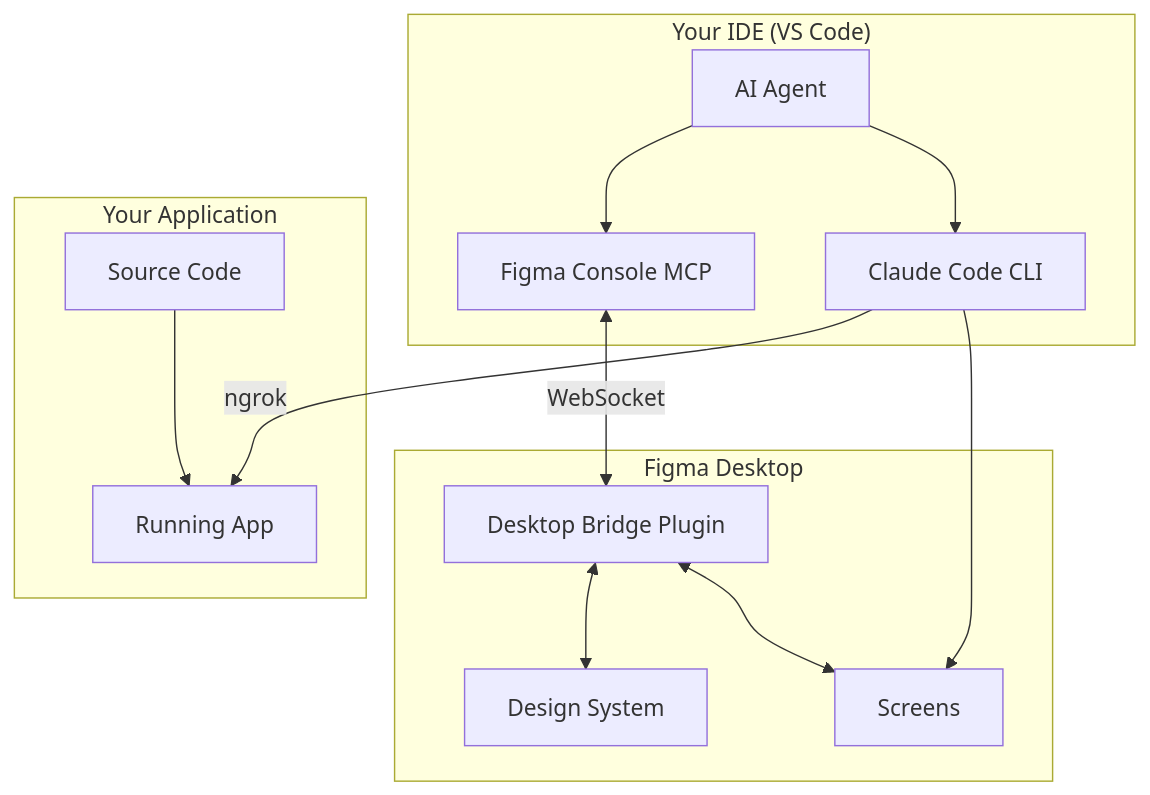
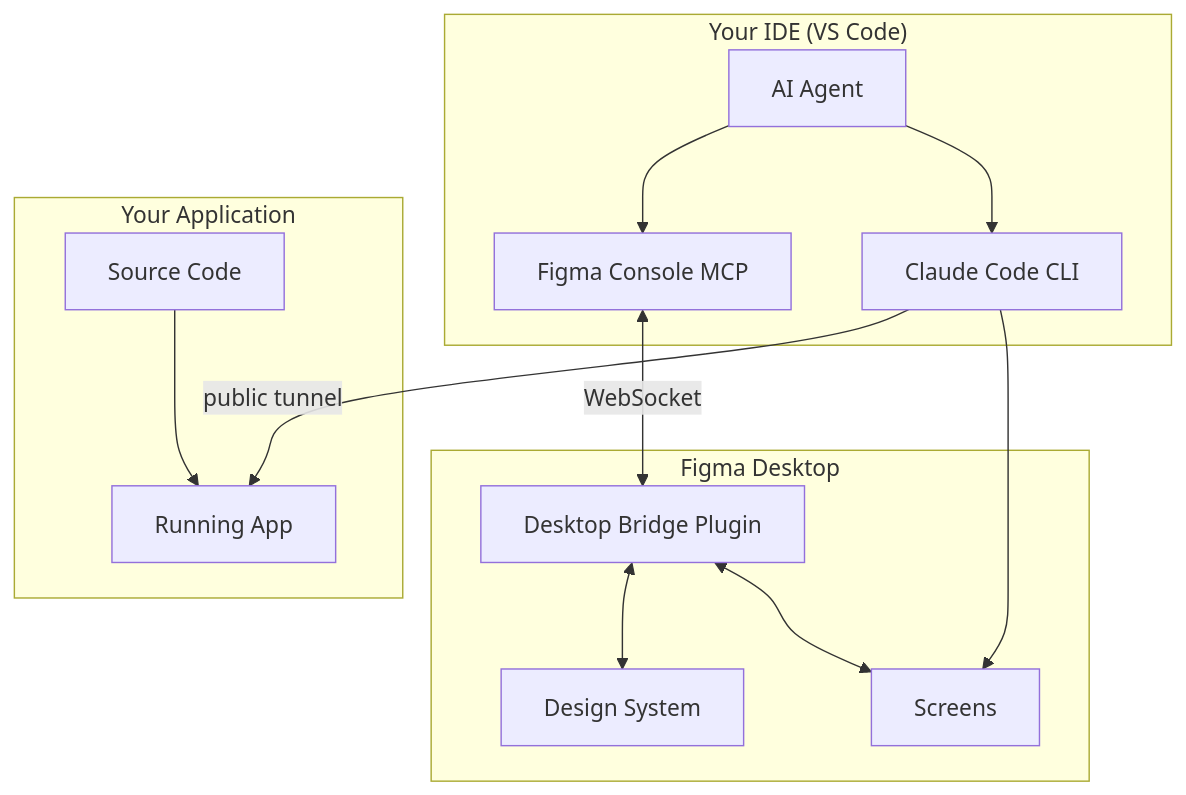
One commit to florian-koppelow/design-code-workflow changed the diagram in docs/CONFLUENCE-DOCUMENTATION.md. Above: the diagram before and after it, drawn with Mermaid. The commit also changed other lines of this file and 7 other files, not shown here.

````diff
--- a/docs/CONFLUENCE-DOCUMENTATION.md
+++ b/docs/CONFLUENCE-DOCUMENTATION.md
@@ -102,28 +102,28 @@
 ```mermaid
 flowchart TB
     subgraph IDE["Your IDE (VS Code)"]
         Agent["AI Agent"]
         FigmaConsole["Figma Console MCP"]
         ClaudeCode["Claude Code CLI"]
     end
     
     subgraph Figma["Figma Desktop"]
         Plugin["Desktop Bridge Plugin"]
         DS["Design System"]
         Screens["Screens"]
     end
     
     subgraph App["Your Application"]
         Code["Source Code"]
         WebApp["Running App"]
     end
     
     Agent --> FigmaConsole
     Agent --> ClaudeCode
     FigmaConsole <-->|WebSocket| Plugin
     Plugin <--> DS
     Plugin <--> Screens
-    ClaudeCode -->|ngrok| WebApp
+    ClaudeCode -->|public tunnel| WebApp
     ClaudeCode --> Screens
     Code --> WebApp
 ```
````
